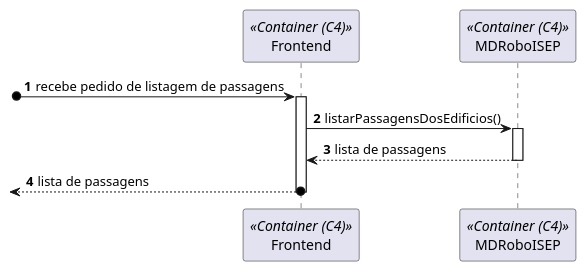
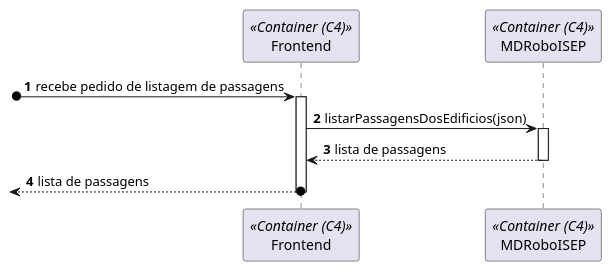
The diagram in docs/Sprint_A/US_260/N2/N2_VP.puml (SEM5PI2324G58/sem5pi_g58_23_24), drawn with PlantUML before and after one commit. The commit also changed 3 other files, not shown here.

```diff
--- a/docs/Sprint_A/US_260/N2/N2_VP.puml
+++ b/docs/Sprint_A/US_260/N2/N2_VP.puml
@@ -1,11 +1,11 @@
 autonumber
 
 participant Frontend as fe <<Container (C4)>>
 participant MDRoboISEP as md <<Container (C4)>>
 
 [o-> fe: recebe pedido de listagem de passagens
 activate fe
-fe	-> md: listarPassagensDosEdificios()
+fe	-> md: listarPassagensDosEdificios(json)
 activate md
 return lista de passagens
 return lista de passagens
```
